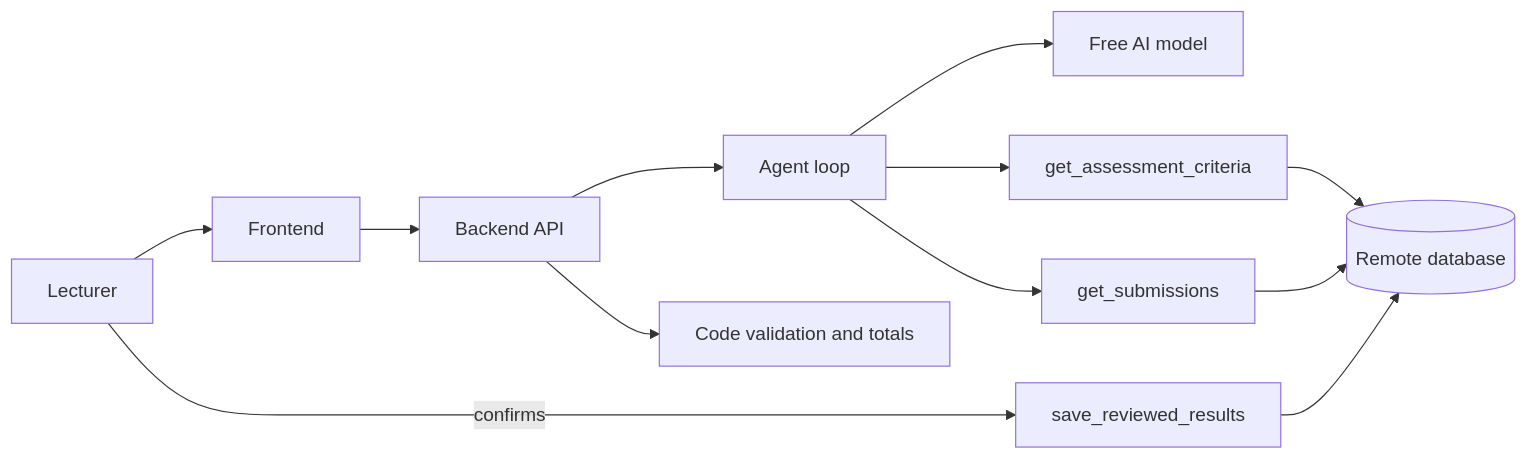
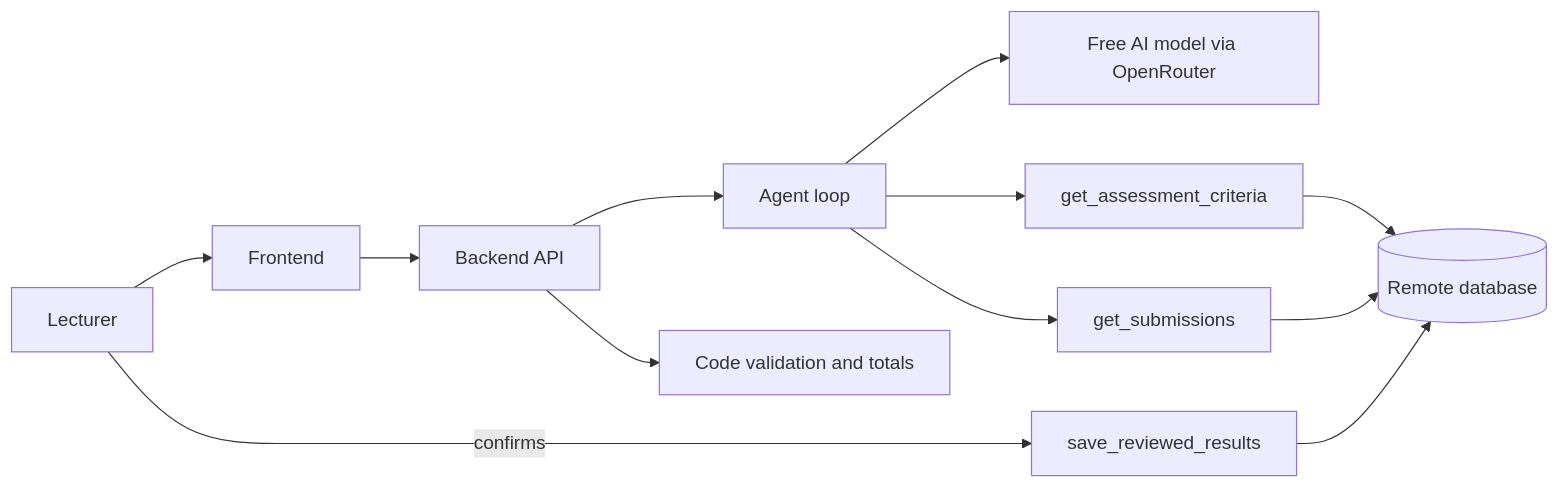
One commit to Hallelujahb/AI-Teaching-Assessment-Agent changed the diagram in docs/design-note.md. Above: the diagram before and after it, drawn with Mermaid. The commit also changed other lines of this file and 5 other files, not shown here.

````diff
--- a/docs/design-note.md
+++ b/docs/design-note.md
@@ -6,9 +7,9 @@
 ```mermaid
 flowchart LR
   L[Lecturer] --> UI[Frontend] --> API[Backend API]
-  API --> A[Agent loop] --> M[Free AI model]
+  API --> A[Agent loop] --> M[Free AI model via OpenRouter]
   A --> T1[get_assessment_criteria] --> DB[(Remote database)]
   A --> T2[get_submissions] --> DB
   API --> V[Code validation and totals]
   L -- confirms --> T3[save_reviewed_results] --> DB
 ```
````
